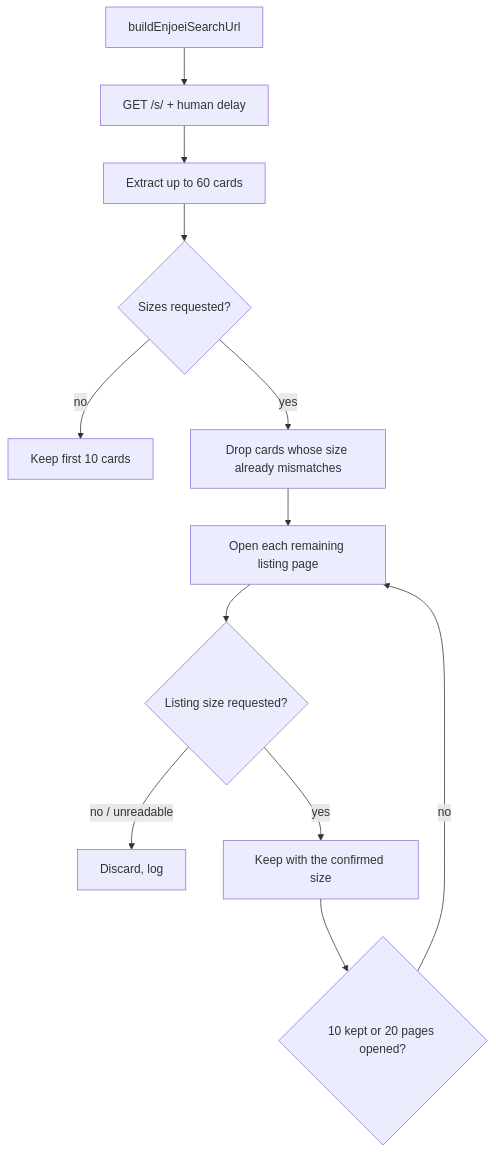
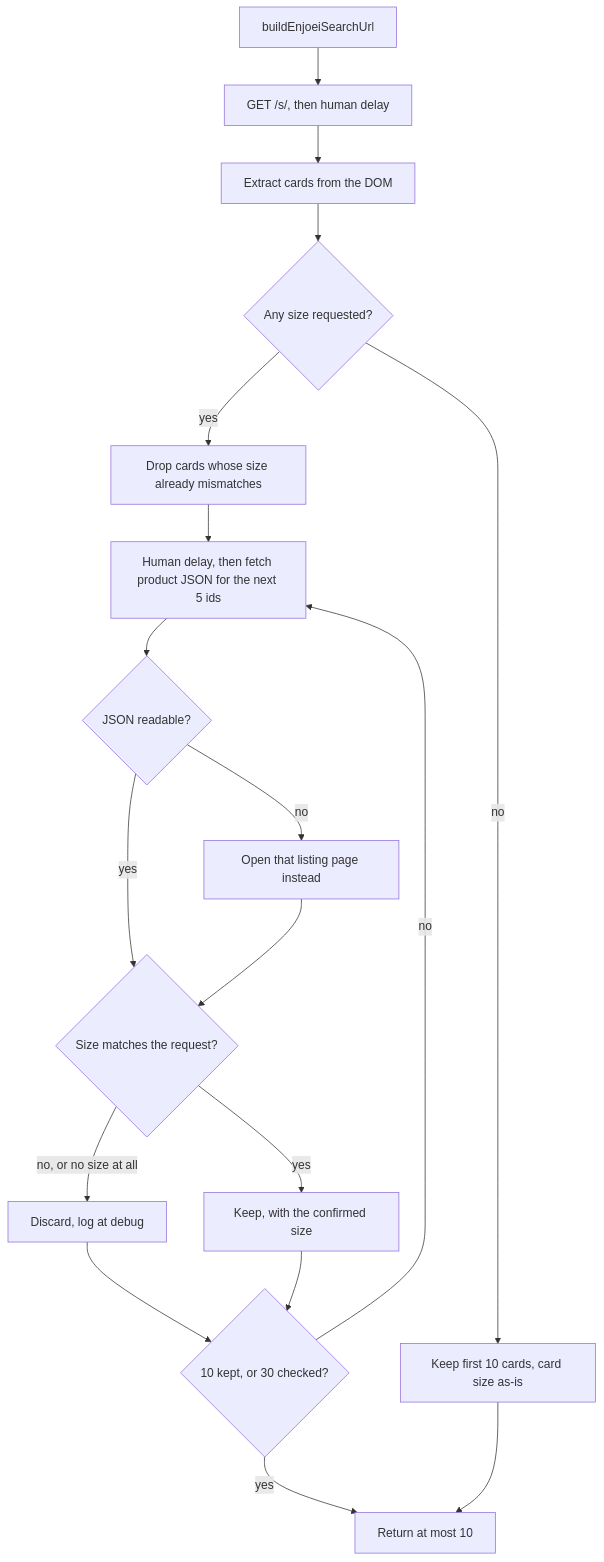
Before and after one commit to emmanuelviniciusdev/skydiiv--backstage: the second of 2 diagrams in apps/robot-scrape-products/docs/ENJOEI_SCRAPING.md, drawn with Mermaid. The commit also changed other lines of this file and 9 other files, not shown here.

Commit message:
feat(robot-scrape-products): confirm Enjoei sizes via product JSON batches

````diff
--- a/apps/robot-scrape-products/docs/ENJOEI_SCRAPING.md
+++ b/apps/robot-scrape-products/docs/ENJOEI_SCRAPING.md
@@ -73,14 +391,20 @@
 ```mermaid
 flowchart TD
-  A[buildEnjoeiSearchUrl] --> B[GET /s/ + human delay]
-  B --> C[Extract up to 60 cards]
-  C --> D{Sizes requested?}
-  D -->|no| E[Keep first 10 cards]
+  A[buildEnjoeiSearchUrl] --> B[GET /s/, then human delay]
+  B --> C[Extract cards from the DOM]
+  C --> D{Any size requested?}
+  D -->|no| E[Keep first 10 cards, card size as-is]
   D -->|yes| F[Drop cards whose size already mismatches]
-  F --> G[Open each remaining listing page]
-  G --> H{Listing size requested?}
-  H -->|no / unreadable| I[Discard, log]
-  H -->|yes| J[Keep with the confirmed size]
-  J --> K{10 kept or 20 pages opened?}
-  K -->|no| G
+  F --> G[Human delay, then fetch product JSON for the next 5 ids]
+  G --> H{JSON readable?}
+  H -->|no| M[Open that listing page instead]
+  H -->|yes| I{Size matches the request?}
+  M --> I
+  I -->|no, or no size at all| J[Discard, log at debug]
+  I -->|yes| K[Keep, with the confirmed size]
+  J --> N{10 kept, or 30 checked?}
+  K --> N
+  N -->|no| G
+  N -->|yes| L[Return at most 10]
+  E --> L
 ```
````
